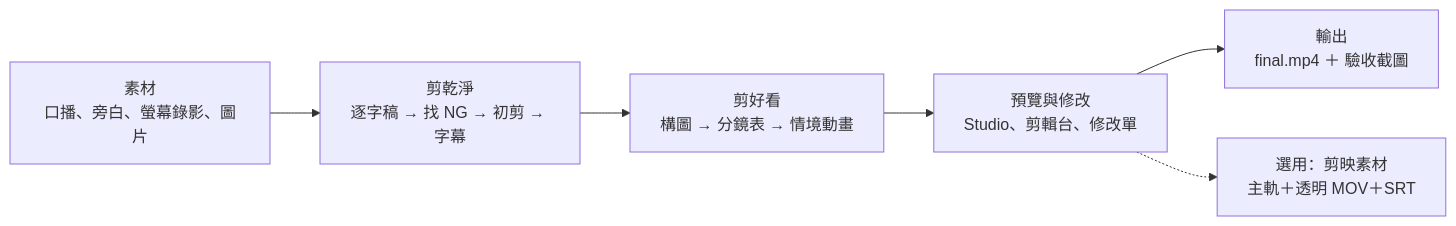
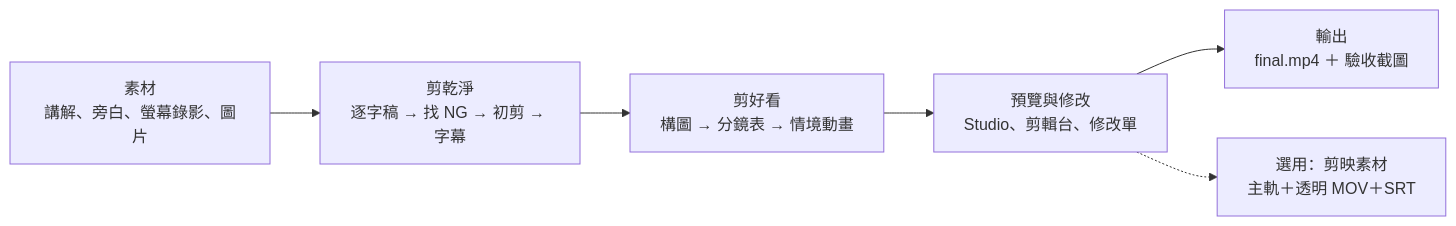
The diagram in README.md (dean9703111/auto-edit-workspace), drawn with Mermaid before and after one commit. The commit also changed other lines of this file and 202 other files, not shown here.

First line of the commit message:
台灣用語統一＋剪輯清單截圖

````diff
--- a/README.md
+++ b/README.md
@@ -155,8 +161,8 @@
 ```mermaid
 flowchart LR
-  A["素材<br>口播、旁白、螢幕錄影、圖片"] --> B["剪乾淨<br>逐字稿 → 找 NG → 初剪 → 字幕"]
+  A["素材<br>講解、旁白、螢幕錄影、圖片"] --> B["剪乾淨<br>逐字稿 → 找 NG → 初剪 → 字幕"]
   B --> C["剪好看<br>構圖 → 分鏡表 → 情境動畫"]
   C --> D["預覽與修改<br>Studio、剪輯台、修改單"]
   D --> E["輸出<br>final.mp4 ＋ 驗收截圖"]
   D -.-> F["選用：剪映素材<br>主軌＋透明 MOV＋SRT"]
 ```
````
